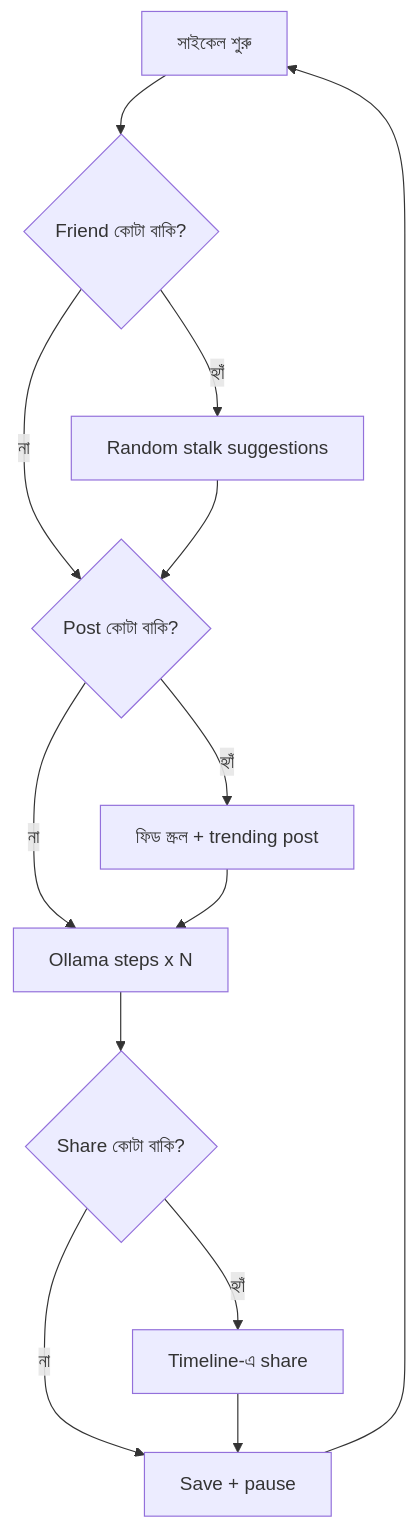
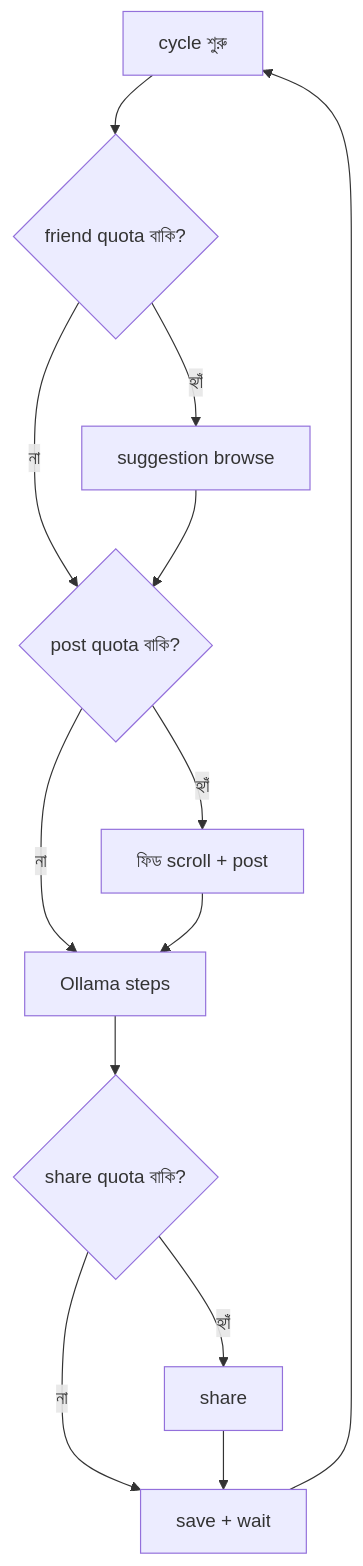
The second of 4 diagrams in docs/SYSTEM_DESIGN_BN.md (mohammad-al-samiul/facebook-bot), drawn with Mermaid before and after one commit. The commit also changed other lines of this file and 1 other file, not shown here.

````diff
--- a/docs/SYSTEM_DESIGN_BN.md
+++ b/docs/SYSTEM_DESIGN_BN.md
@@ -409,15 +359,15 @@
 ```mermaid
 flowchart TD
-    A[সাইকেল শুরু] --> B{Friend কোটা বাকি?}
-    B -->|হ্যাঁ| C[Random stalk suggestions]
+    A[cycle শুরু] --> B{friend quota বাকি?}
+    B -->|হ্যাঁ| C[suggestion browse]
     B -->|না| D
-    C --> D{Post কোটা বাকি?}
-    D -->|হ্যাঁ| E[ফিড স্ক্রল + trending post]
+    C --> D{post quota বাকি?}
+    D -->|হ্যাঁ| E[ফিড scroll + post]
     D -->|না| F
-    E --> F[Ollama steps x N]
-    F --> G{Share কোটা বাকি?}
-    G -->|হ্যাঁ| H[Timeline-এ share]
+    E --> F[Ollama steps]
+    F --> G{share quota বাকি?}
+    G -->|হ্যাঁ| H[share]
     G -->|না| I
-    H --> I[Save + pause]
+    H --> I[save + wait]
     I --> A
 ```
````
